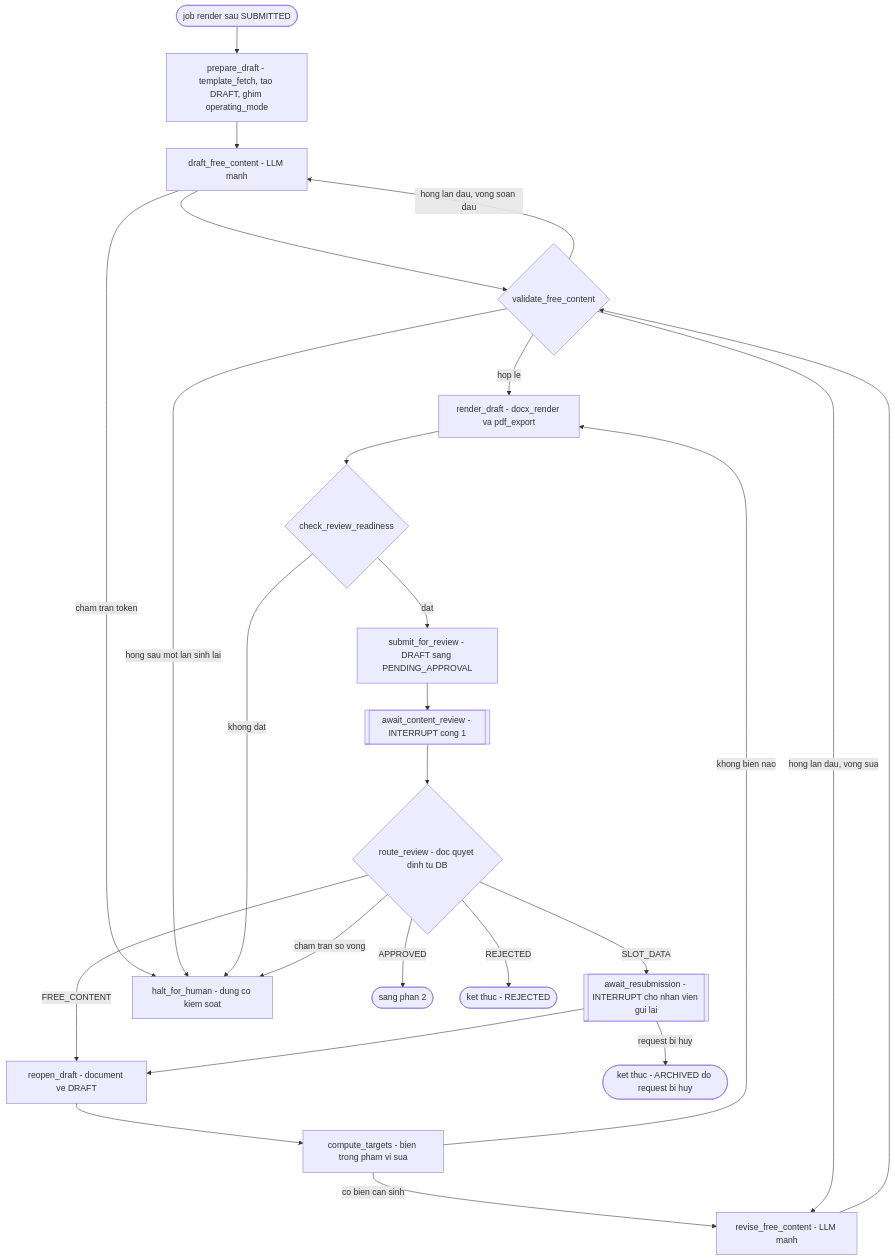
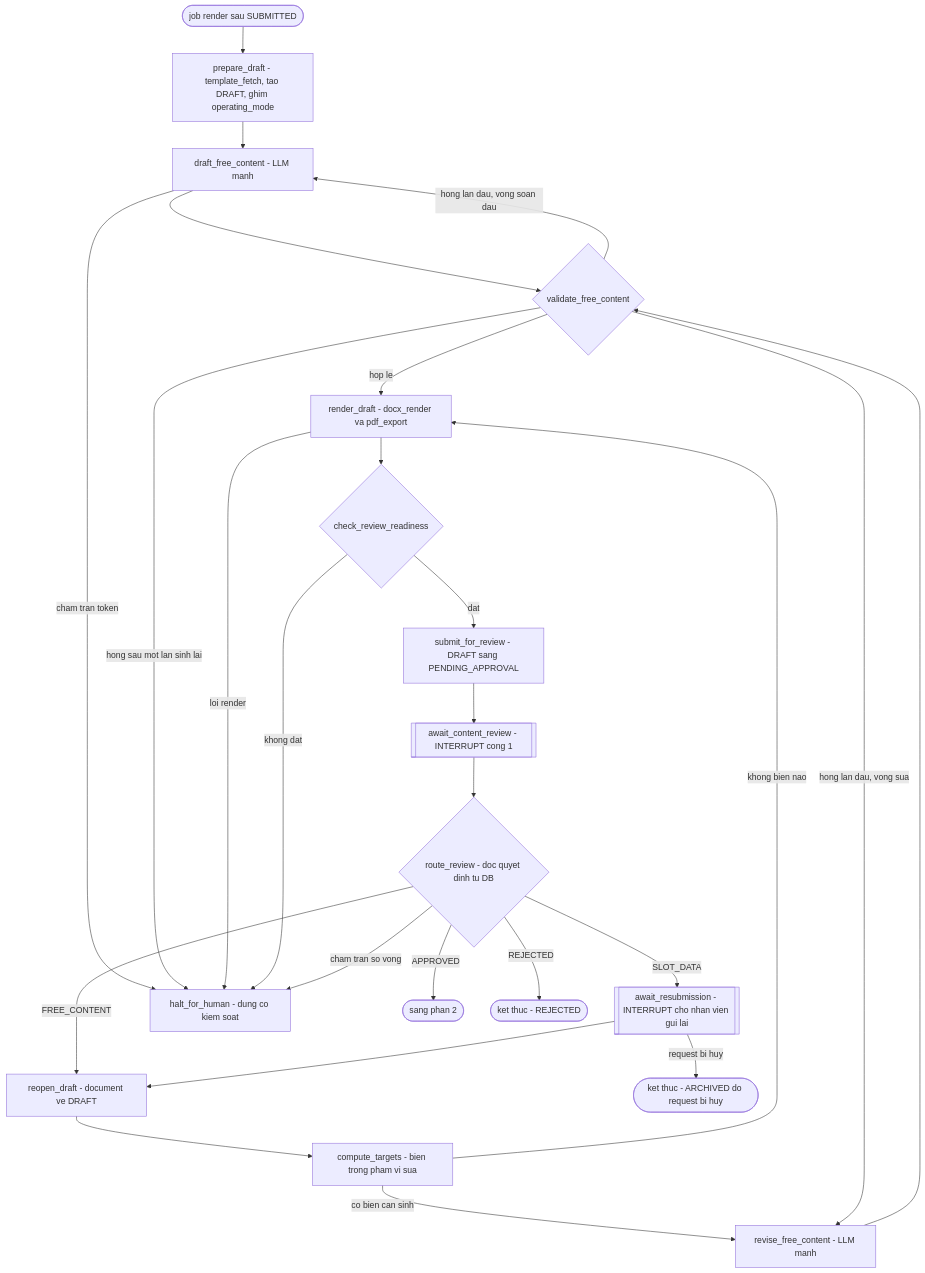
The second of 4 diagrams in docs/design/03-agents.md (CongDuc02/AdminServiceDeskAgent), drawn with Mermaid before and after one commit. The commit also changed other lines of this file and 16 other files, not shown here.

````diff
--- a/docs/design/03-agents.md
+++ b/docs/design/03-agents.md
@@ -555,45 +556,46 @@
 ```mermaid
 flowchart TD
     START_D([job render sau SUBMITTED])
     prepare_draft[prepare_draft - template_fetch, tao DRAFT, ghim operating_mode]
     draft_free_content[draft_free_content - LLM manh]
     validate_free_content{validate_free_content}
     render_draft[render_draft - docx_render va pdf_export]
     check_readiness{check_review_readiness}
     submit_for_review[submit_for_review - DRAFT sang PENDING_APPROVAL]
     await_content_review[[await_content_review - INTERRUPT cong 1]]
     route_review{route_review - doc quyet dinh tu DB}
     reopen_draft[reopen_draft - document ve DRAFT]
     await_resubmission[[await_resubmission - INTERRUPT cho nhan vien gui lai]]
     compute_targets[compute_targets - bien trong pham vi sua]
     revise_free_content[revise_free_content - LLM manh]
     halt_for_human[halt_for_human - dung co kiem soat]
     TO_POST([sang phan 2])
     END_R([ket thuc - REJECTED])
     END_C([ket thuc - ARCHIVED do request bi huy])
 
     START_D --> prepare_draft
     prepare_draft --> draft_free_content
     draft_free_content --> validate_free_content
     draft_free_content -->|cham tran token| halt_for_human
     validate_free_content -->|hop le| render_draft
     validate_free_content -->|hong sau mot lan sinh lai| halt_for_human
     render_draft --> check_readiness
+    render_draft -->|loi render| halt_for_human
     check_readiness -->|dat| submit_for_review
     check_readiness -->|khong dat| halt_for_human
     submit_for_review --> await_content_review
     await_content_review --> route_review
     route_review -->|APPROVED| TO_POST
     route_review -->|REJECTED| END_R
     route_review -->|FREE_CONTENT| reopen_draft
     route_review -->|SLOT_DATA| await_resubmission
     route_review -->|cham tran so vong| halt_for_human
     await_resubmission --> reopen_draft
     await_resubmission -->|request bi huy| END_C
     reopen_draft --> compute_targets
     compute_targets -->|co bien can sinh| revise_free_content
     compute_targets -->|khong bien nao| render_draft
     revise_free_content --> validate_free_content
     validate_free_content -->|hong lan dau, vong soan dau| draft_free_content
     validate_free_content -->|hong lan dau, vong sua| revise_free_content
 ```
````
